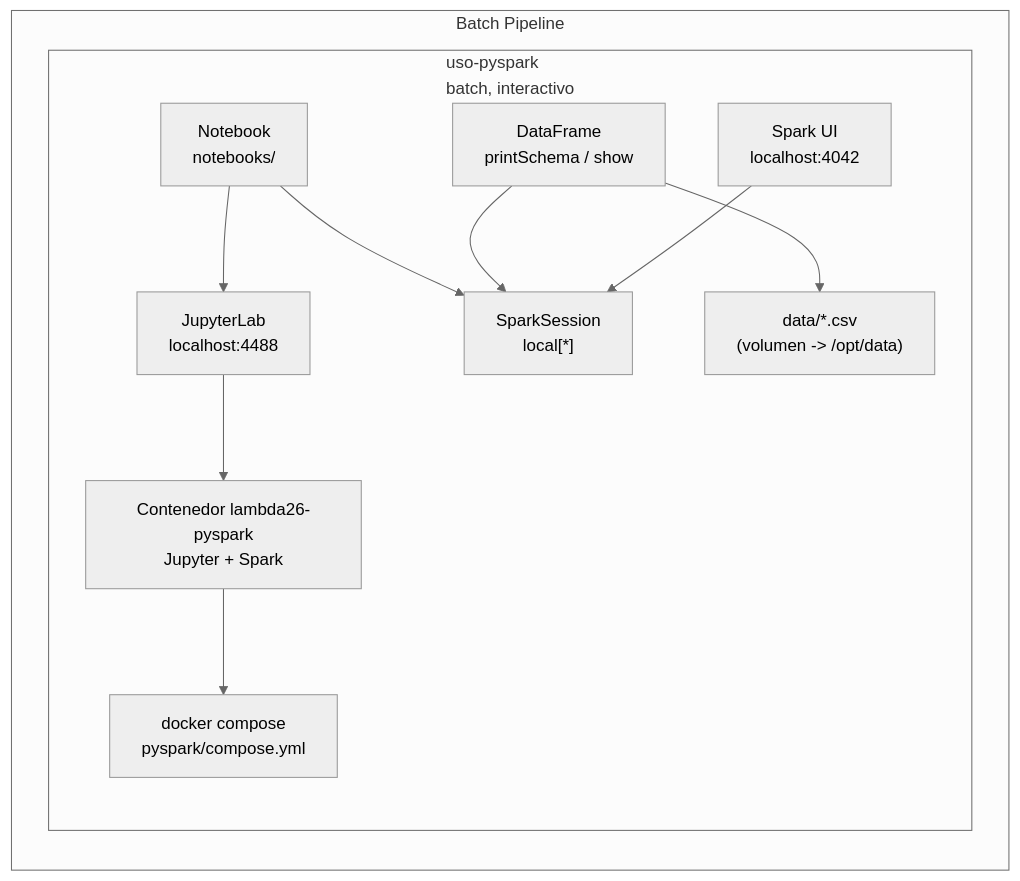
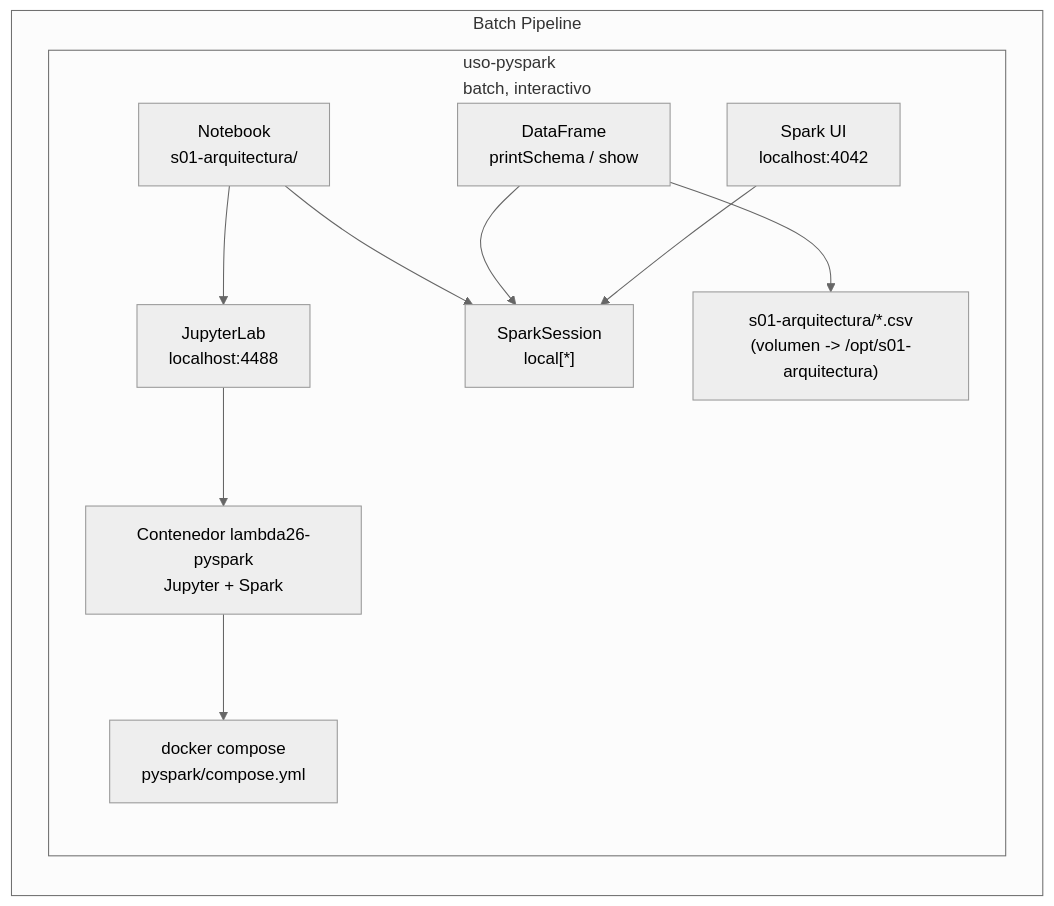
One commit to 262bigdata/lambda26 changed the fifth of 5 diagrams in docs/sesiones/S01_Arquitectura_Big_Data_Lambda_Kappa.md. Above: the diagram before and after it, drawn with Mermaid (neutral theme). The commit also changed other lines of this file and 27 other files, not shown here.

````diff
--- a/docs/sesiones/S01_Arquitectura_Big_Data_Lambda_Kappa.md
+++ b/docs/sesiones/S01_Arquitectura_Big_Data_Lambda_Kappa.md
@@ -325,15 +325,15 @@
 ```mermaid
 flowchart LR
     subgraph BP["Batch Pipeline"]
         subgraph BP1["uso-pyspark<br/>batch, interactivo"]
             direction TB
-            Notebook["Notebook<br/>notebooks/"] --> Jupyter["JupyterLab<br/>localhost:4488"]
+            Notebook["Notebook<br/>s01-arquitectura/"] --> Jupyter["JupyterLab<br/>localhost:4488"]
             Jupyter --> Container["Contenedor lambda26-pyspark<br/>Jupyter + Spark"]
             Container --> Compose["docker compose<br/>pyspark/compose.yml"]
             Notebook --> Session["SparkSession<br/>local[*]"]
             DF["DataFrame<br/>printSchema / show"] --> Session
-            DF --> Data["data/*.csv<br/>(volumen -> /opt/data)"]
+            DF --> Data["s01-arquitectura/*.csv<br/>(volumen -> /opt/s01-arquitectura)"]
             UI["Spark UI<br/>localhost:4042"] --> Session
         end
     end
 ```
````
